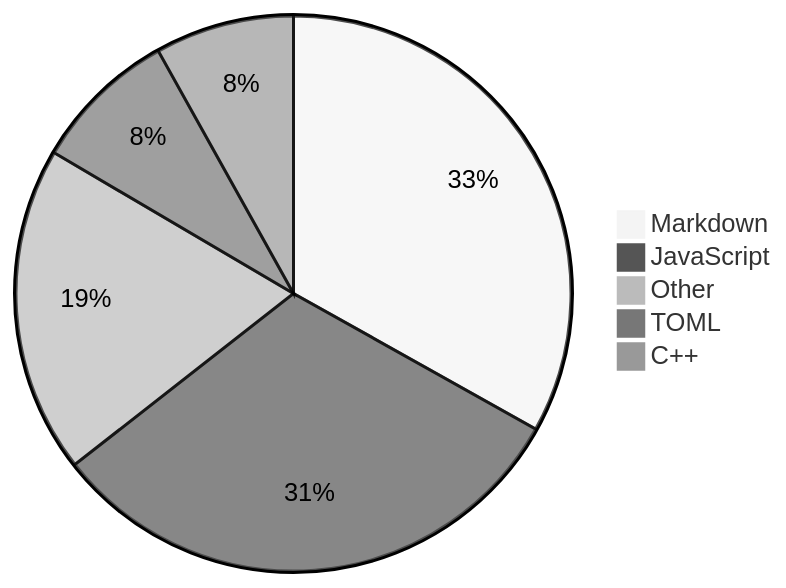
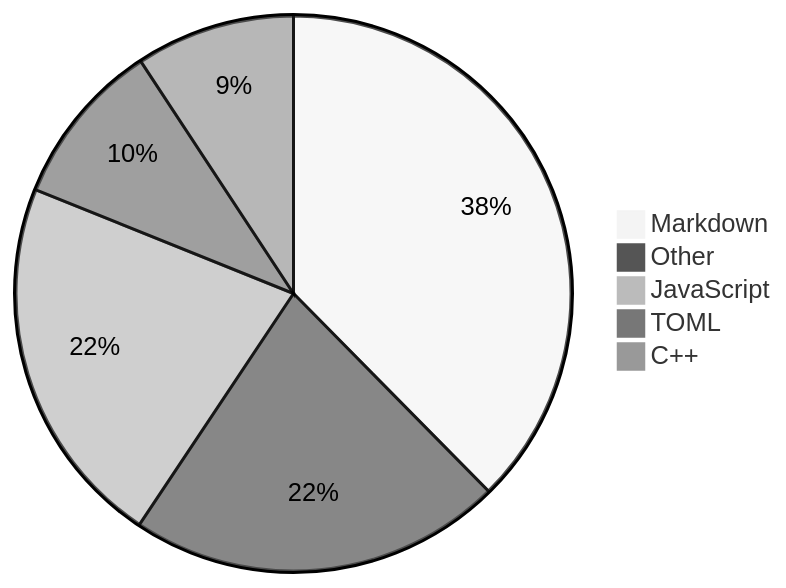
The diagram in README.md (Alicia111/alicia111), drawn with Mermaid (neutral theme) before and after one commit.

Commit message:
Update WakaTime stats (・ω・)b

````diff
--- a/README.md
+++ b/README.md
@@ -32,8 +32,8 @@
 ```mermaid
 pie
-    "Markdown" : 29.02
-    "JavaScript" : 27.43
-    "Other" : 16.67
-    "TOML" : 7.4
-    "C++" : 7.09
+    "Markdown" : 32.37
+    "Other" : 18.72
+    "JavaScript" : 18.7
+    "TOML" : 8.31
+    "C++" : 7.97
 ```
````
